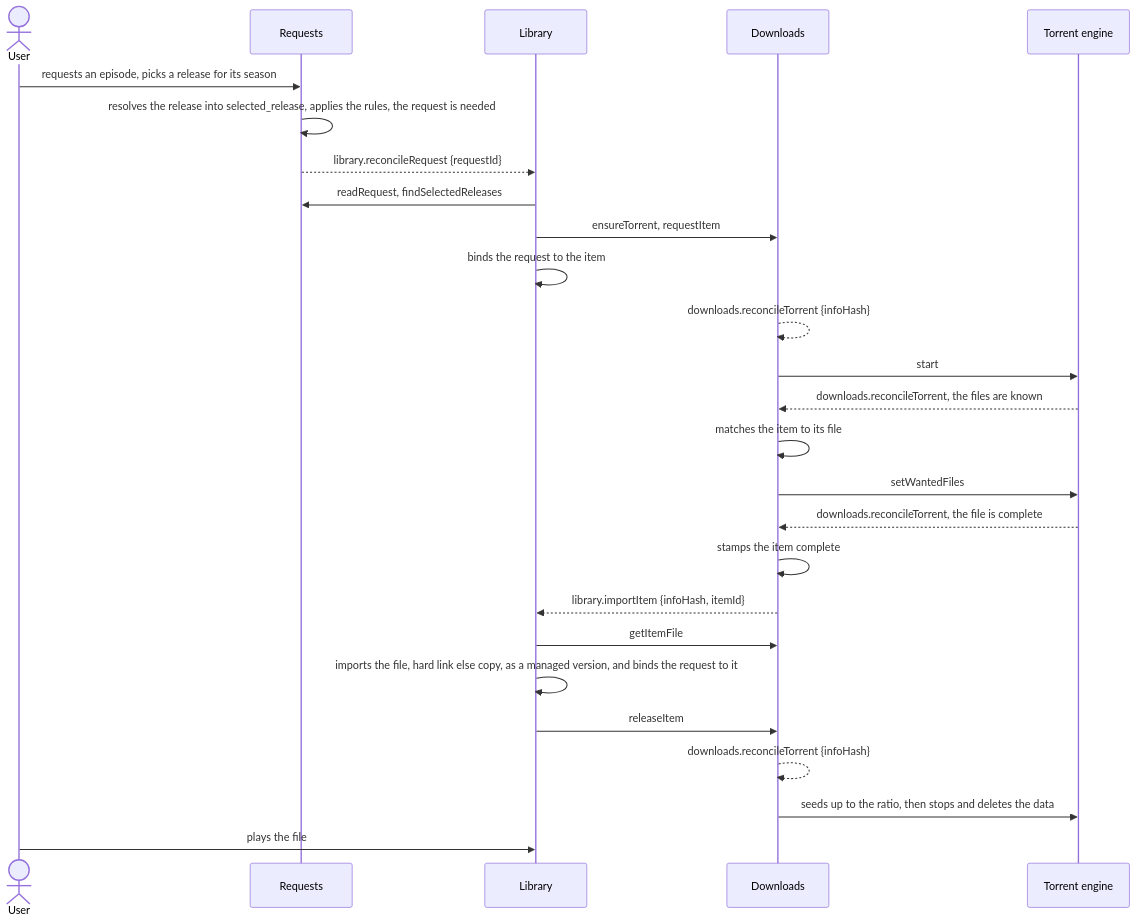
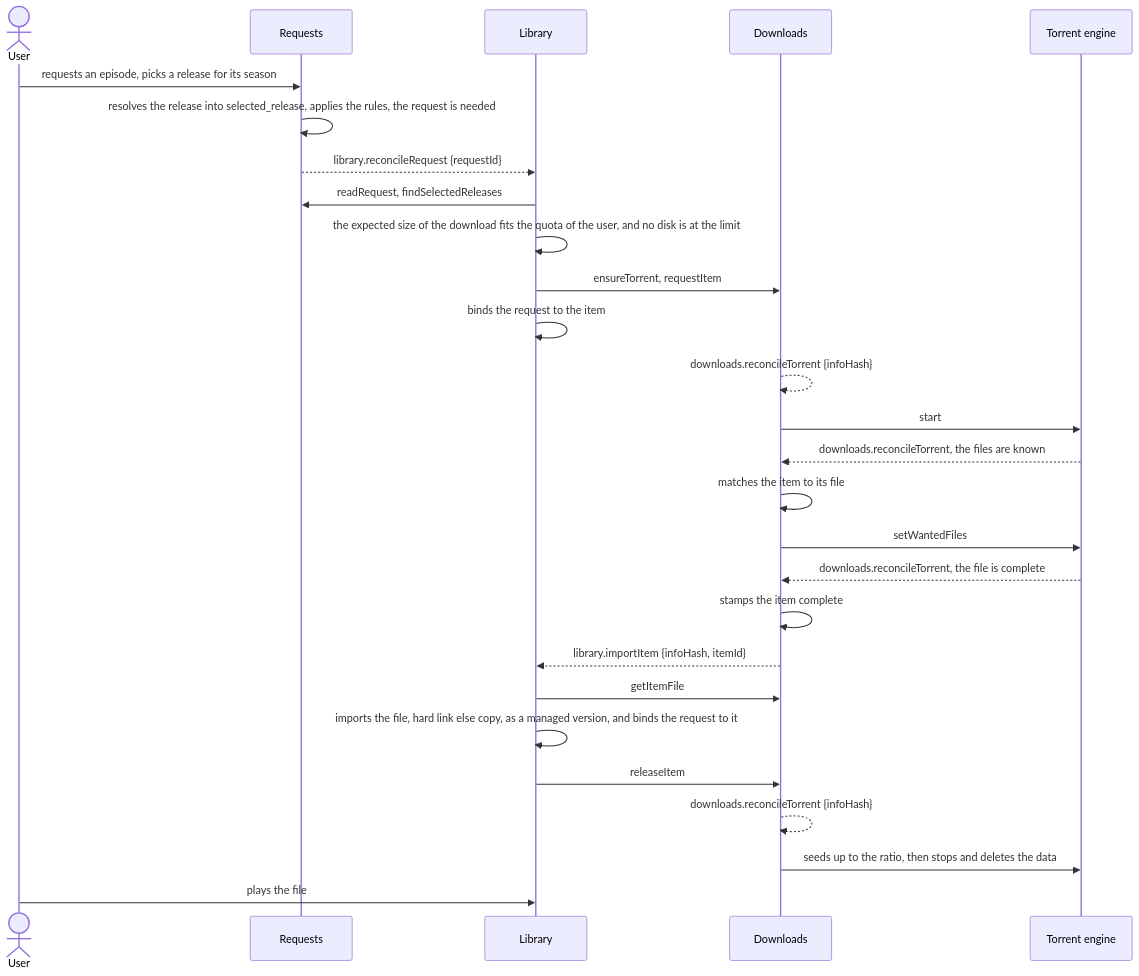
Before and after one commit to aleksilassila/reiverr: the second of 5 diagrams in docs/backend-architecture.md, drawn with Mermaid. The commit also changed other lines of this file and 28 other files, not shown here.

````diff
--- a/docs/backend-architecture.md
+++ b/docs/backend-architecture.md
@@ -45,29 +46,30 @@
 ```mermaid
 sequenceDiagram
   actor User
   participant Requests
   participant Library
   participant Downloads
   participant Engine as Torrent engine
 
   User->>Requests: requests an episode, picks a release for its season
   Requests->>Requests: resolves the release into selected_release, applies the rules, the request is needed
   Requests-->>Library: library.reconcileRequest {requestId}
   Library->>Requests: readRequest, findSelectedReleases
+  Library->>Library: the expected size of the download fits the quota of the user, and no disk is at the limit
   Library->>Downloads: ensureTorrent, requestItem
   Library->>Library: binds the request to the item
   Downloads-->>Downloads: downloads.reconcileTorrent {infoHash}
   Downloads->>Engine: start
   Engine-->>Downloads: downloads.reconcileTorrent, the files are known
   Downloads->>Downloads: matches the item to its file
   Downloads->>Engine: setWantedFiles
   Engine-->>Downloads: downloads.reconcileTorrent, the file is complete
   Downloads->>Downloads: stamps the item complete
   Downloads-->>Library: library.importItem {infoHash, itemId}
   Library->>Downloads: getItemFile
   Library->>Library: imports the file, hard link else copy, as a managed version, and binds the request to it
   Library->>Downloads: releaseItem
   Downloads-->>Downloads: downloads.reconcileTorrent {infoHash}
   Downloads->>Engine: seeds up to the ratio, then stops and deletes the data
   User->>Library: plays the file
 ```
````
